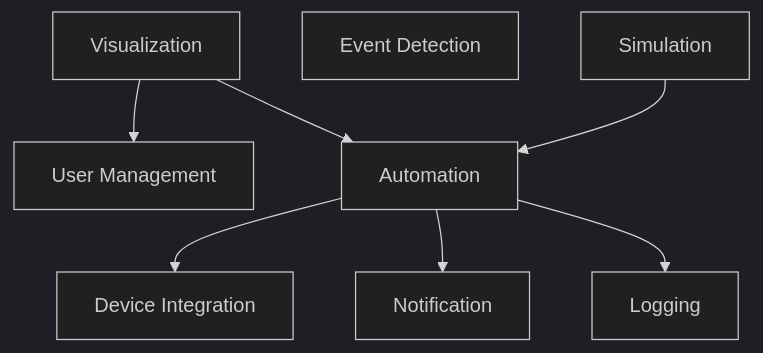
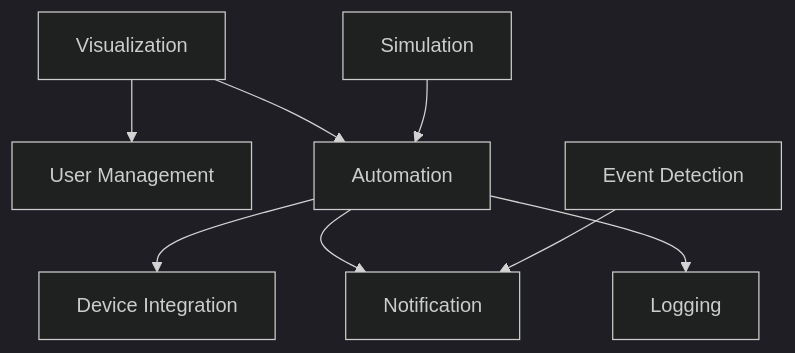
One commit to adityabhatt205/CS331-Project changed the eighth of 8 diagrams in docs/architecture/project_architecture.md. Above: the diagram before and after it, drawn with Mermaid (dark theme). The commit also changed other lines of this file, not shown here.

First line of the commit message:
Update project architecture documentation

````diff
--- a/docs/architecture/project_architecture.md
+++ b/docs/architecture/project_architecture.md
@@ -251,19 +251,20 @@
 ```mermaid
 flowchart TB
 
     UserComp["User Management"]
     VisualComp["Visualization"]
     AutoComp["Automation"]
     EventComp["Event Detection"]
     DeviceComp["Device Integration"]
     NotifyComp["Notification"]
     LogComp["Logging"]
     SimComp["Simulation"]
 
     VisualComp --> UserComp
     VisualComp --> AutoComp
     AutoComp --> DeviceComp
     AutoComp --> NotifyComp
     AutoComp --> LogComp
     SimComp --> AutoComp
+    EventComp --> NotifyComp
 ```
````
